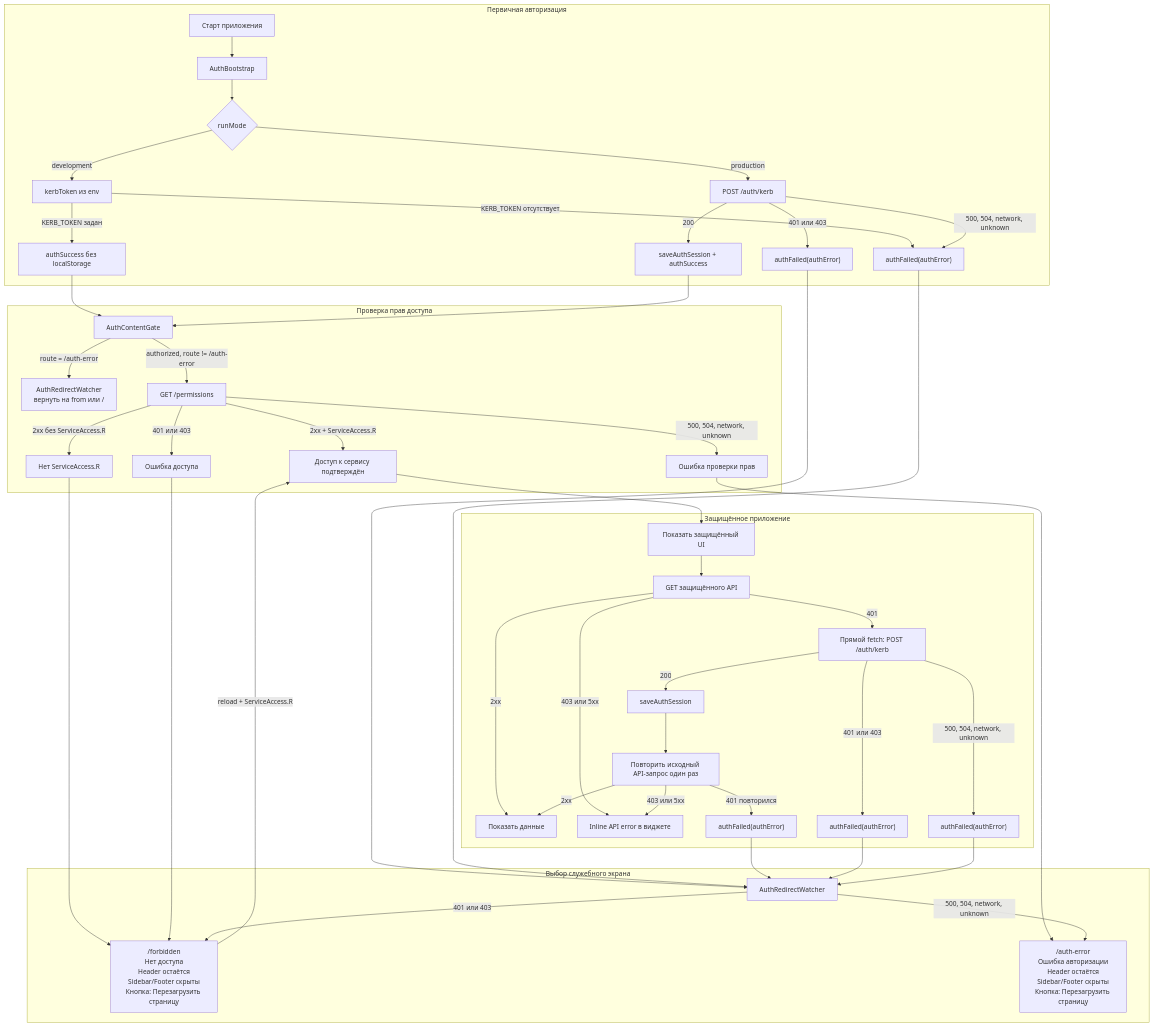
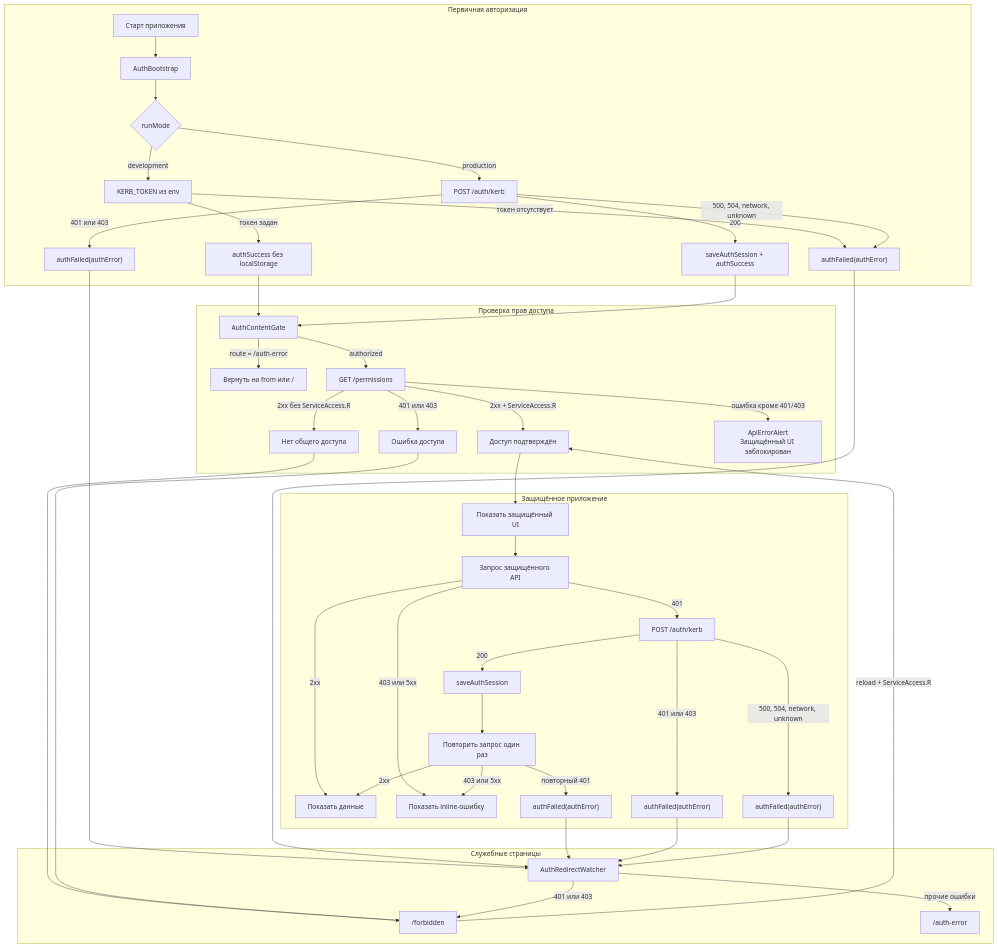
The diagram in docs/auth-flow.md (warlok38/test-dashboard), drawn with Mermaid before and after one commit. The commit also changed other lines of this file and 8 other files, not shown here.

````diff
--- a/docs/auth-flow.md
+++ b/docs/auth-flow.md
@@ -21,59 +29,55 @@
 ```mermaid
 flowchart TD
   Start["Старт приложения"]
 
   subgraph InitialAuth["Первичная авторизация"]
     Start --> Bootstrap["AuthBootstrap"]
     Bootstrap --> Mode{"runMode"}
-    Mode -->|development| DevToken["kerbToken из env"]
+    Mode -->|development| DevToken["KERB_TOKEN из env"]
     Mode -->|production| Kerb["POST /auth/kerb"]
-    DevToken -->|KERB_TOKEN задан| SaveDev["authSuccess без localStorage"]
-    DevToken -->|KERB_TOKEN отсутствует| AuthFail["authFailed(authError)"]
+    DevToken -->|токен задан| SaveDev["authSuccess без localStorage"]
+    DevToken -->|токен отсутствует| AuthFail["authFailed(authError)"]
     Kerb -->|200| SaveInitial["saveAuthSession + authSuccess"]
     Kerb -->|401 или 403| AccessFail["authFailed(authError)"]
-    Kerb -->|500, 504, network, unknown| AuthFail["authFailed(authError)"]
+    Kerb -->|500, 504, network, unknown| AuthFail
   end
 
   subgraph PermissionAccess["Проверка прав доступа"]
     SaveDev --> PermissionGate["AuthContentGate"]
     SaveInitial --> PermissionGate
-    PermissionGate -->|route = /auth-error| ReturnFromAuthError["AuthRedirectWatcher\nвернуть на from или /"]
-    PermissionGate -->|authorized, route != /auth-error| PermissionsRequest["GET /permissions"]
-    PermissionsRequest -->|2xx + ServiceAccess.R| PermissionSuccess["Доступ к сервису подтверждён"]
-    PermissionsRequest -->|2xx без ServiceAccess.R| PermissionDenied["Нет ServiceAccess.R"]
+    PermissionGate -->|route = /auth-error| ReturnFromAuthError["Вернуть на from или /"]
+    PermissionGate -->|authorized| PermissionsRequest["GET /permissions"]
+    PermissionsRequest -->|2xx + ServiceAccess.R| PermissionSuccess["Доступ подтверждён"]
+    PermissionsRequest -->|2xx без ServiceAccess.R| PermissionDenied["Нет общего доступа"]
     PermissionsRequest -->|401 или 403| PermissionAccessFail["Ошибка доступа"]
-    PermissionsRequest -->|500, 504, network, unknown| PermissionAuthFail["Ошибка проверки прав"]
+    PermissionsRequest -->|ошибка кроме 401/403| PermissionCheckError["ApiErrorAlert\nЗащищённый UI заблокирован"]
   end
 
   subgraph ProtectedApp["Защищённое приложение"]
     PermissionSuccess --> ProtectedUI["Показать защищённый UI"]
-    ProtectedUI --> ApiRequest["GET защищённого API"]
+    ProtectedUI --> ApiRequest["Запрос защищённого API"]
     ApiRequest -->|2xx| DataState["Показать данные"]
-    ApiRequest -->|403 или 5xx| InlineError["Inline API error в виджете"]
-    ApiRequest -->|401| RetryAuth["Прямой fetch: POST /auth/kerb"]
-
+    ApiRequest -->|403 или 5xx| InlineError["Показать inline-ошибку"]
+    ApiRequest -->|401| RetryAuth["POST /auth/kerb"]
     RetryAuth -->|200| SaveRetry["saveAuthSession"]
-    SaveRetry --> RetryRequest["Повторить исходный API-запрос один раз"]
+    SaveRetry --> RetryRequest["Повторить запрос один раз"]
     RetryRequest -->|2xx| DataState
     RetryRequest -->|403 или 5xx| InlineError
-    RetryRequest -->|401 повторился| RetryAccessFail["authFailed(authError)"]
-
+    RetryRequest -->|повторный 401| RetryAccessFail["authFailed(authError)"]
     RetryAuth -->|401 или 403| RetryAuthAccessFail["authFailed(authError)"]
     RetryAuth -->|500, 504, network, unknown| RetryAuthFail["authFailed(authError)"]
   end
 
-  subgraph StatusRouting["Выбор служебного экрана"]
+  subgraph StatusRouting["Служебные страницы"]
     AccessFail --> RedirectWatcher["AuthRedirectWatcher"]
     AuthFail --> RedirectWatcher
     PermissionDenied --> ForbiddenScreen
     PermissionAccessFail --> ForbiddenScreen
-    PermissionAuthFail --> AuthErrorScreen
     RetryAccessFail --> RedirectWatcher
     RetryAuthAccessFail --> RedirectWatcher
     RetryAuthFail --> RedirectWatcher
-
-    RedirectWatcher -->|401 или 403| ForbiddenScreen["/forbidden\nНет доступа\nHeader остаётся\nSidebar/Footer скрыты\nКнопка: Перезагрузить страницу"]
-    RedirectWatcher -->|500, 504, network, unknown| AuthErrorScreen["/auth-error\nОшибка авторизации\nHeader остаётся\nSidebar/Footer скрыты\nКнопка: Перезагрузить страницу"]
+    RedirectWatcher -->|401 или 403| ForbiddenScreen["/forbidden"]
+    RedirectWatcher -->|прочие ошибки| AuthErrorScreen["/auth-error"]
     ForbiddenScreen -->|reload + ServiceAccess.R| PermissionSuccess
   end
 ```
````
